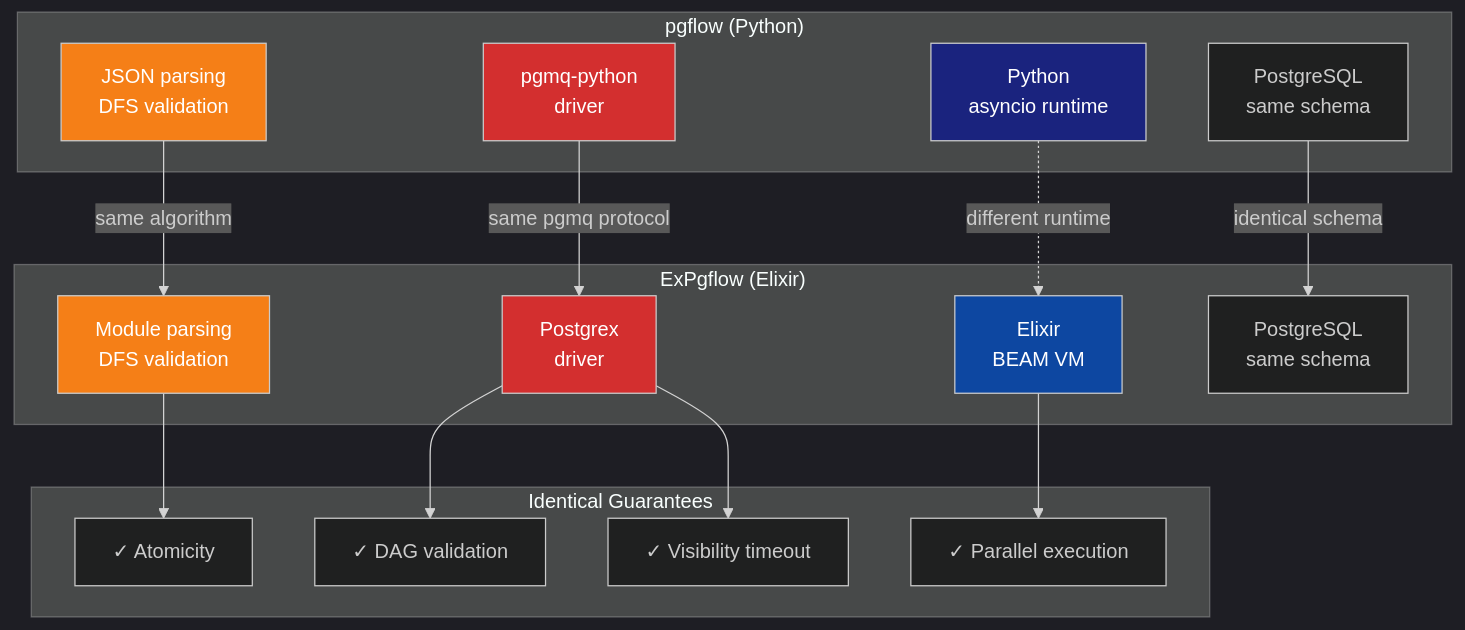
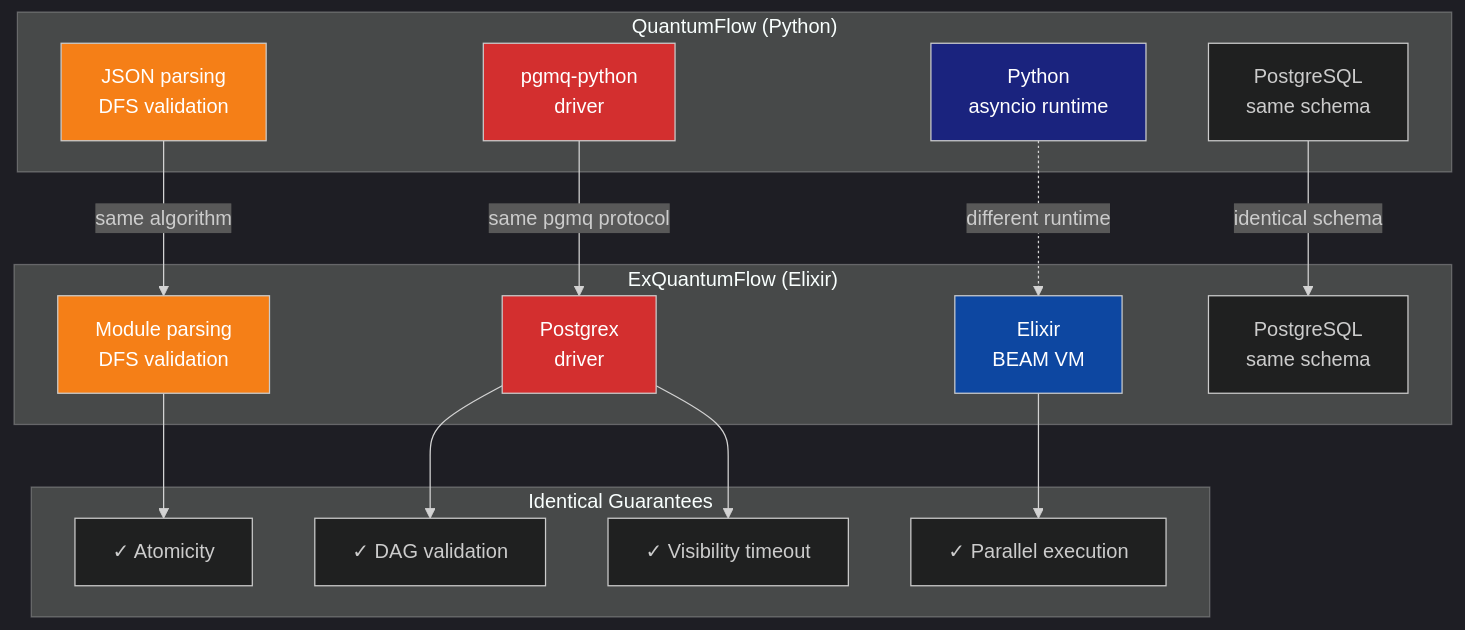
Before and after one commit to Singularity-ng/singularity-workflows: the ninth of 9 diagrams in ARCHITECTURE.md, drawn with Mermaid. The commit also changed other lines of this file and 410 other files, not shown here.

First line of the commit message:
Rename ex_pgflow package to ex_quantum_flow

````diff
--- a/ARCHITECTURE.md
+++ b/ARCHITECTURE.md
@@ -539,41 +539,41 @@
 ```mermaid
 %%{init: {'theme':'dark'}}%%
 graph TB
-    subgraph "pgflow (Python)"
+    subgraph "QuantumFlow (Python)"
         PL["Python<br/>asyncio runtime"]
         PDAG["JSON parsing<br/>DFS validation"]
         PQ["pgmq-python<br/>driver"]
         PDB["PostgreSQL<br/>same schema"]
     end
 
-    subgraph "ExPgflow (Elixir)"
+    subgraph "ExQuantumFlow (Elixir)"
         EL["Elixir<br/>BEAM VM"]
         EDAG["Module parsing<br/>DFS validation"]
         EQ["Postgrex<br/>driver"]
         EDB["PostgreSQL<br/>same schema"]
     end
 
     subgraph "Identical Guarantees"
         G1["✓ Atomicity"]
         G2["✓ DAG validation"]
         G3["✓ Visibility timeout"]
         G4["✓ Parallel execution"]
     end
 
     PL -.->|different runtime| EL
     PDAG -->|same algorithm| EDAG
     PQ -->|same pgmq protocol| EQ
     PDB -->|identical schema| EDB
 
     EDAG --> G1
     EQ --> G2
     EQ --> G3
     EL --> G4
 
     style PL fill:#1a237e,color:#fff
     style PDAG fill:#f57f17,color:#fff
     style PQ fill:#d32f2f,color:#fff
     style EL fill:#0d47a1,color:#fff
     style EDAG fill:#f57f17,color:#fff
     style EQ fill:#d32f2f,color:#fff
 ```
````
